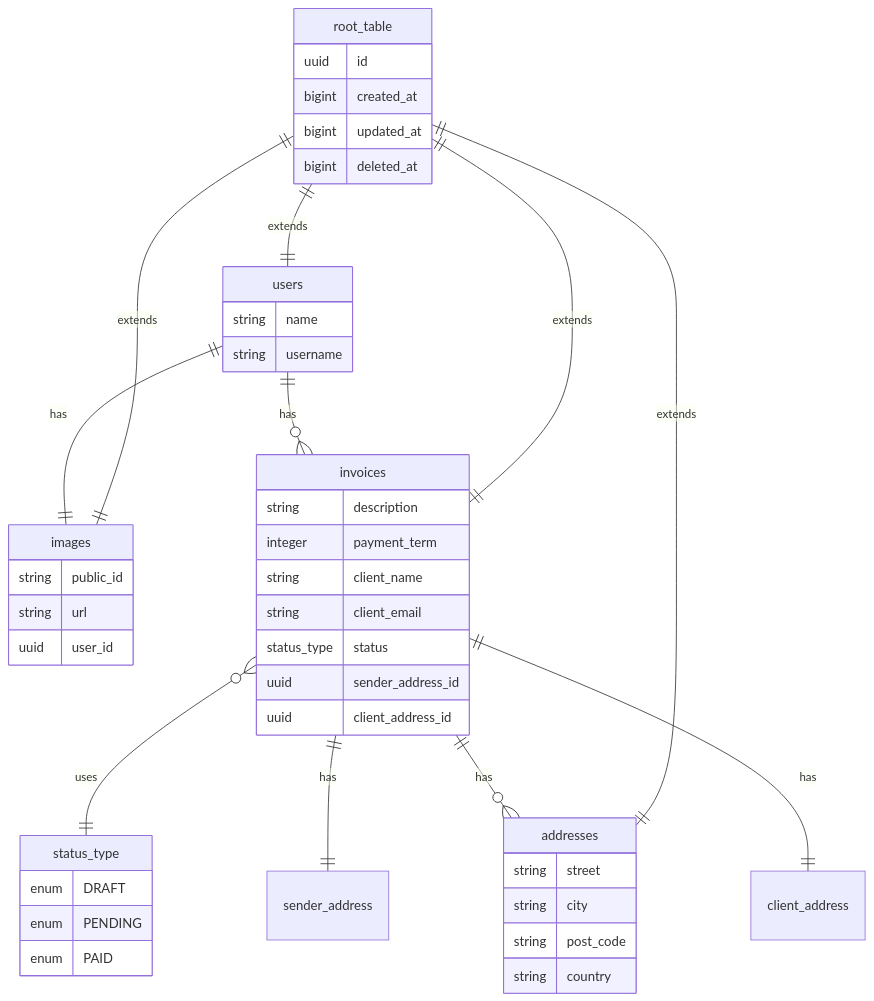
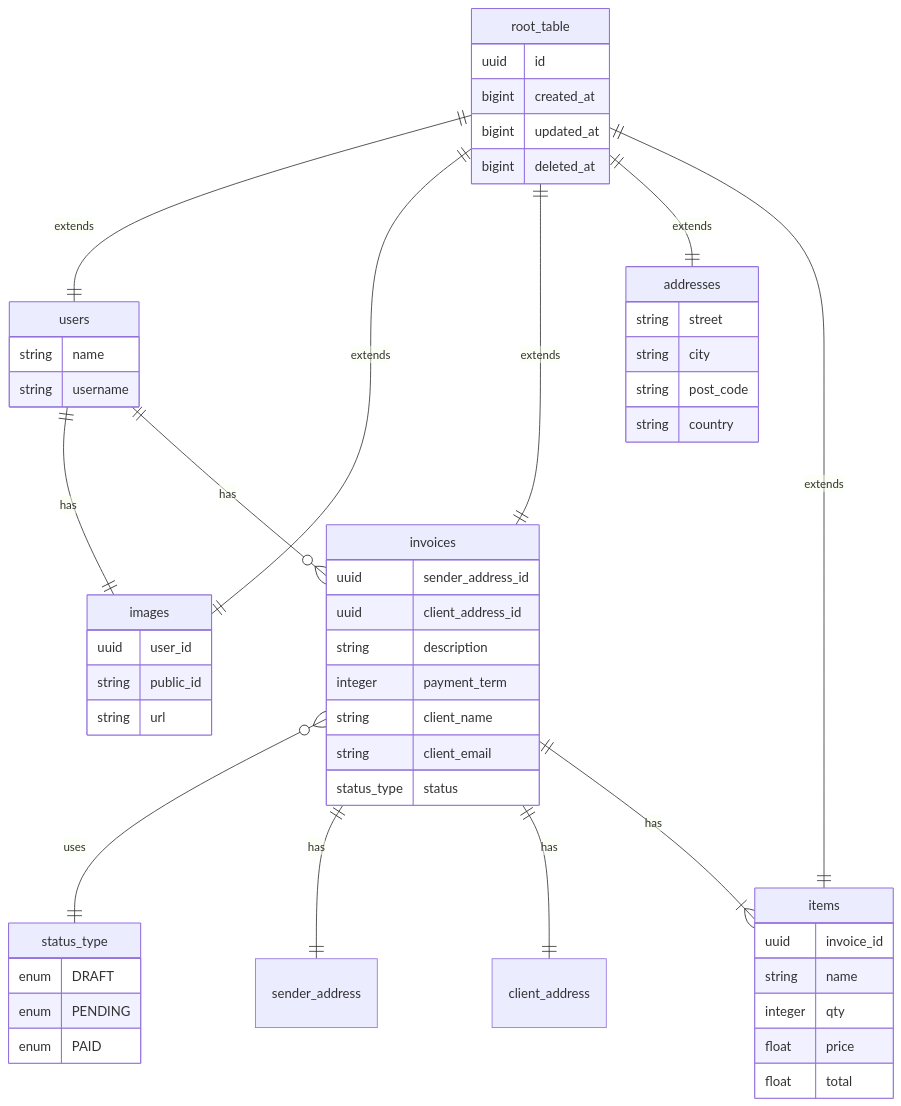
Before and after one commit to AlexanderMatveev2908/asp-invoices: the diagram in README.md, drawn with Mermaid.

Commit message:
🪾 main => 🛠️ mermaid done

````diff
--- a/README.md
+++ b/README.md
@@ -284,57 +284,65 @@
 ```mermaid
 erDiagram
- root_table ||--||users : extends
- root_table ||--||images : extends
- root_table ||--||invoices : extends
- root_table ||--||addresses : extends
+ root_table ||--|| users : extends
+ root_table ||--|| images : extends
+ root_table ||--|| invoices : extends
+ root_table ||--|| addresses : extends
+ root_table ||--|| items : extends
 
  invoices }o--|| status_type : uses
 
  users ||--|| images : has
  users ||--}o invoices : has
- invoices ||--}o addresses : has
  invoices ||--|| sender_address : has
  invoices ||--|| client_address : has
-
+ invoices ||--}| items : has
 
   root_table {
     uuid id
     bigint created_at
     bigint updated_at
     bigint deleted_at
   }
 
   users {
     string name
     string username
   }
 
   images {
+    uuid user_id
     string public_id
     string url
-    uuid user_id
   }
 
   invoices {
+    uuid sender_address_id
+    uuid client_address_id
     string description
     integer payment_term
     string client_name
     string client_email
     status_type status
-    uuid sender_address_id
-    uuid client_address_id
   }
 
   status_type {
     enum DRAFT
     enum PENDING
     enum PAID
   }
 
   addresses {
     string street
     string city
     string post_code
     string country
   }
+
+  items {
+    uuid invoice_id
+    string name
+    integer qty
+    float price
+    float total
+  }
 ```
````
